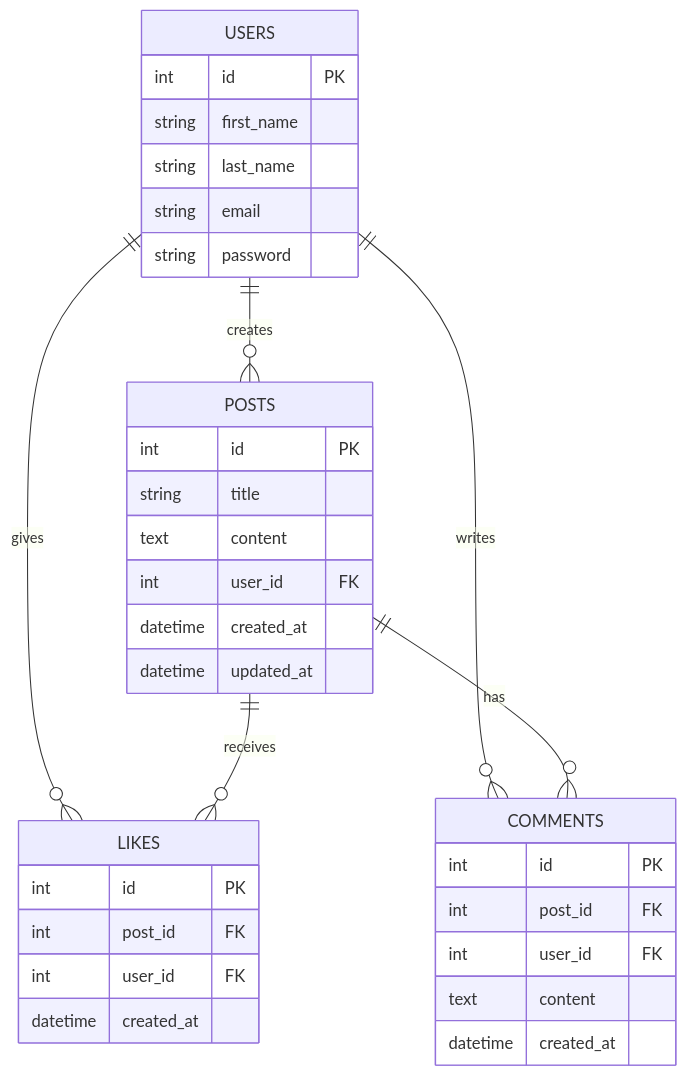
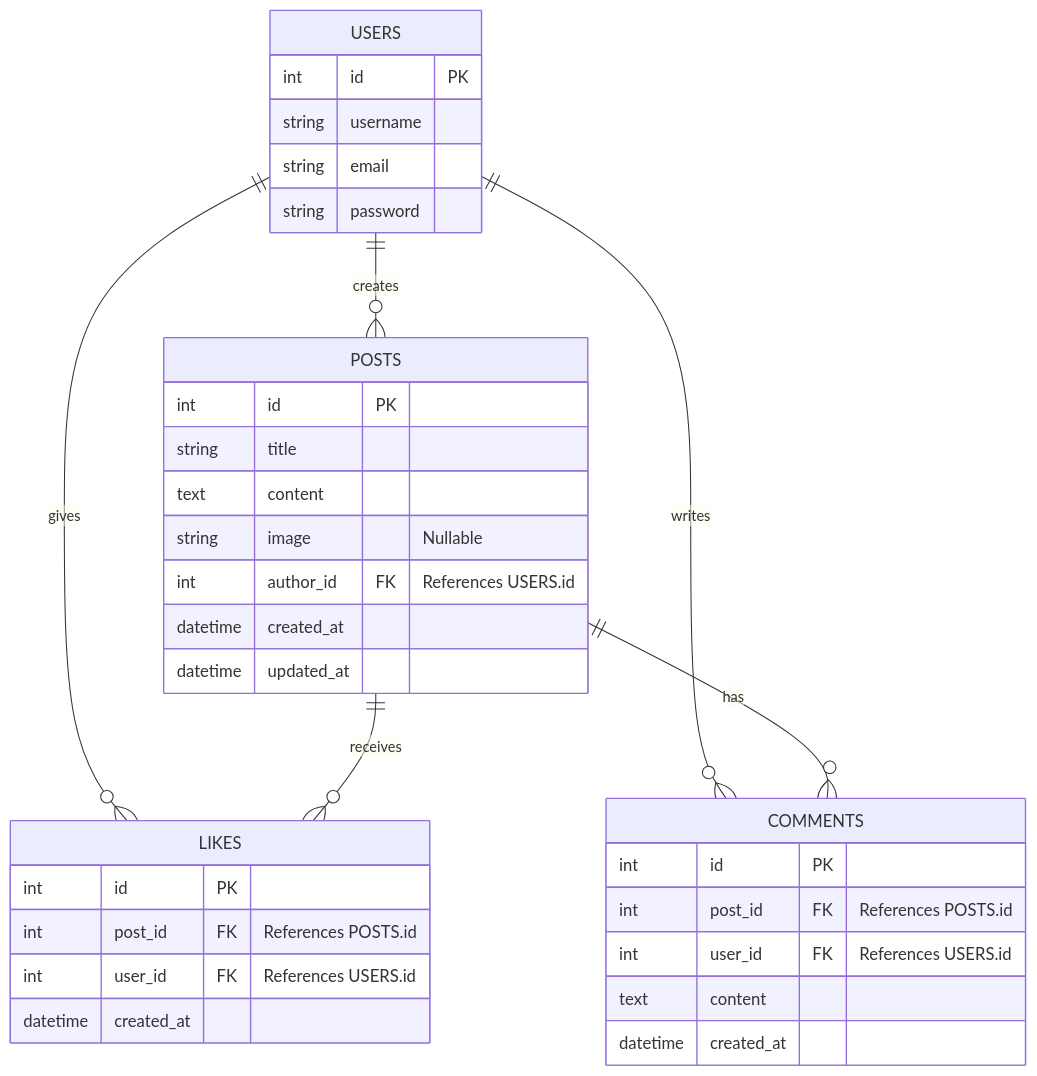
One commit to MohamedThabt/TechBlog_Django changed the diagram in database design.md. Above: the diagram before and after it, drawn with Mermaid. The commit also changed 30 other files, not shown here.

````diff
--- a/database design.md
+++ b/database design.md
@@ -1,41 +1,40 @@
 ```mermaid
-
 erDiagram
     USERS ||--o{ POSTS : creates
     USERS ||--o{ LIKES : gives
     USERS ||--o{ COMMENTS : writes
     POSTS ||--o{ LIKES : receives
     POSTS ||--o{ COMMENTS : has
 
     USERS {
         int id PK
-        string first_name
-        string last_name
+        string username
         string email
         string password
     }
 
     POSTS {
         int id PK
         string title
         text content
-        int user_id FK
+        string image "Nullable"
+        int author_id FK "References USERS.id"
         datetime created_at
         datetime updated_at
     }
 
     LIKES {
         int id PK
-        int post_id FK
-        int user_id FK
+        int post_id FK "References POSTS.id"
+        int user_id FK "References USERS.id"
         datetime created_at
     }
 
     COMMENTS {
         int id PK
-        int post_id FK
-        int user_id FK
+        int post_id FK "References POSTS.id"
+        int user_id FK "References USERS.id"
         text content
         datetime created_at
     }
 ```
````
